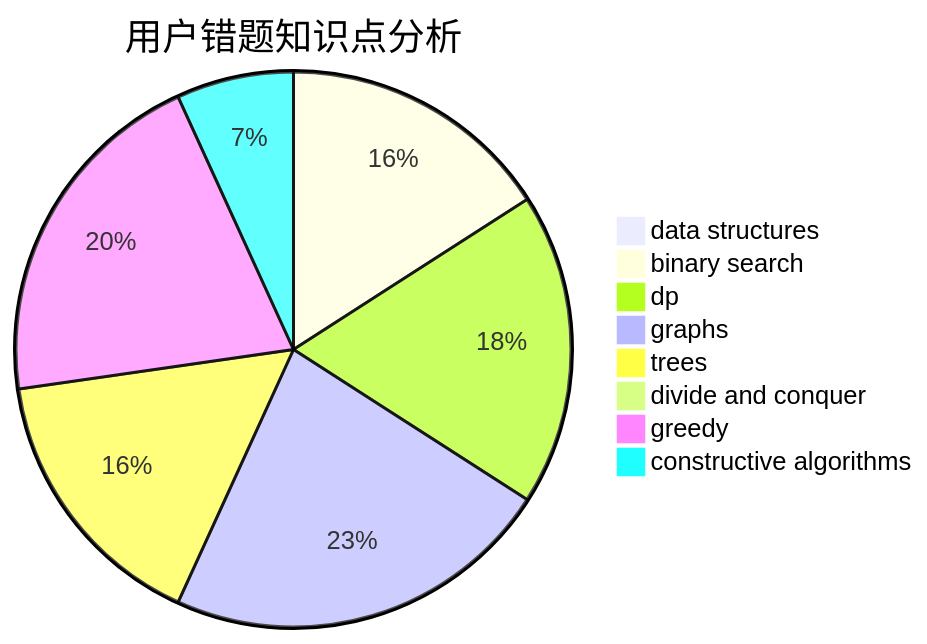
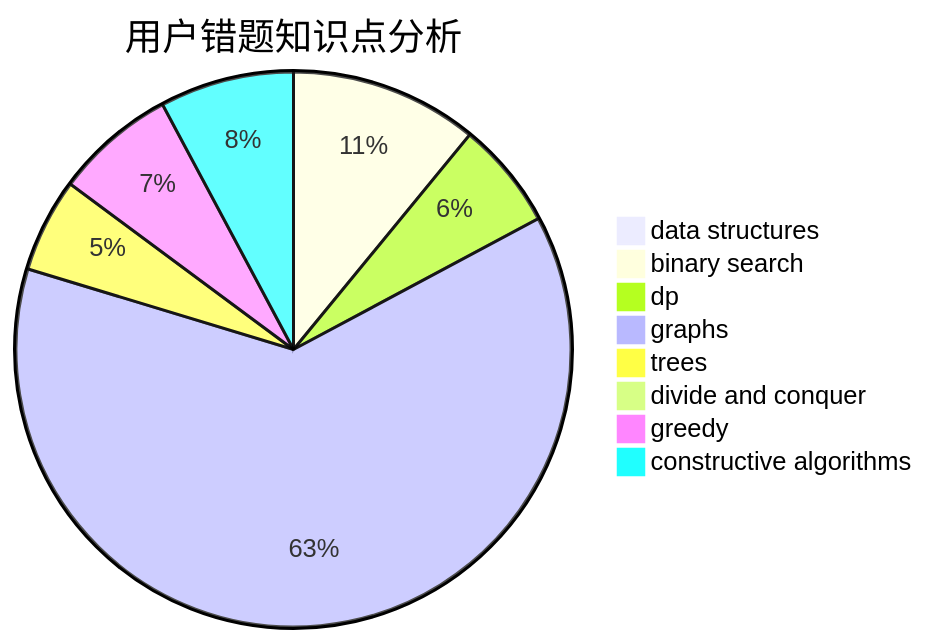
One commit to sherpahu/cfrs.github.io changed the third of 3 diagrams in docs/user/u860.md. Above: the diagram before and after it, drawn with Mermaid. The commit also changed other lines of this file and 2770 other files, not shown here.

````diff
--- a/docs/user/u860.md
+++ b/docs/user/u860.md
@@ -36,11 +36,11 @@
 ```mermaid
 pie title 用户错题知识点分析
     "data structures" :  0
-    "binary search" :  7
+    "binary search" :  14
     "dp" :  8
-    "graphs" :  10
+    "graphs" :  80
     "trees" :  7
     "divide and conquer" :  0
     "greedy" :  9
-    "constructive algorithms" :  3
+    "constructive algorithms" :  10
 ```
````
